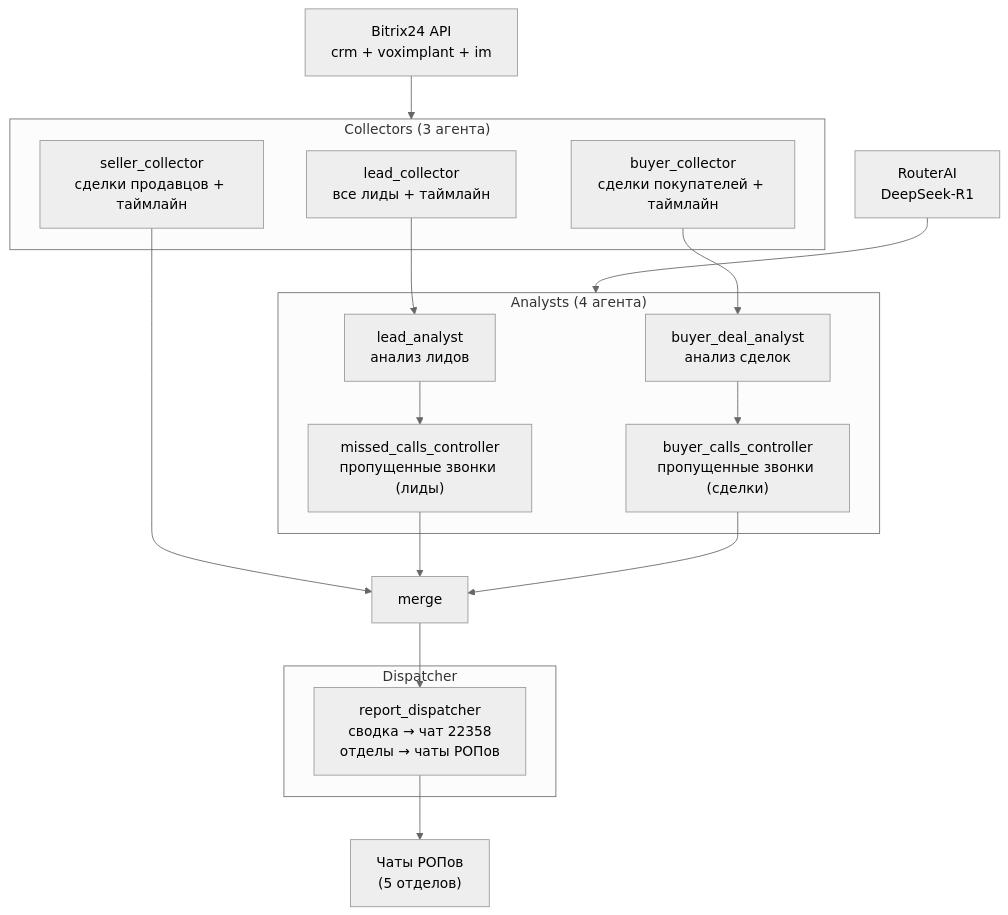
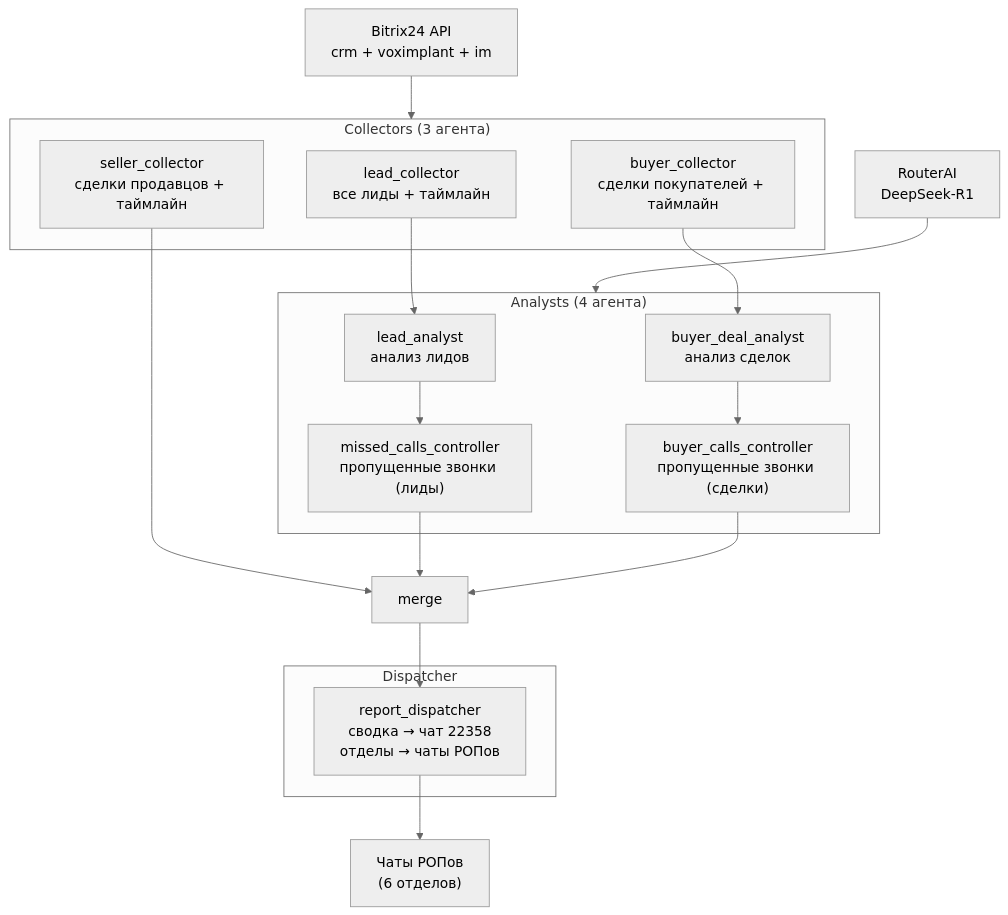
One commit to Usachev-Real-Estate/AI_agents_Bitrix24 changed the diagram in README.md. Above: the diagram before and after it, drawn with Mermaid (neutral theme). The commit also changed other lines of this file and 2 other files, not shown here.

Commit message:
feat: маршрутизация отчётов для отдела Шпырная (66 → chat 23130)

````diff
--- a/README.md
+++ b/README.md
@@ -9,30 +9,30 @@
 ```mermaid
 flowchart TB
     subgraph Collectors["Collectors (3 агента)"]
         LC["lead_collector\nвсе лиды + таймлайн"]
         BC["buyer_collector\nсделки покупателей + таймлайн"]
         SC["seller_collector\nсделки продавцов + таймлайн"]
     end
 
     subgraph Analysts["Analysts (4 агента)"]
         LA["lead_analyst\nанализ лидов"]
         BDA["buyer_deal_analyst\nанализ сделок"]
         BCC["buyer_calls_controller\nпропущенные звонки (сделки)"]
         MCC["missed_calls_controller\nпропущенные звонки (лиды)"]
     end
 
     subgraph Output["Dispatcher"]
         RD["report_dispatcher\nсводка → чат 22358\nотделы → чаты РОПов"]
     end
 
     LC --> LA --> MCC
     BC --> BDA --> BCC
     SC --> MERGE["merge"]
     MCC --> MERGE
     BCC --> MERGE
     MERGE --> RD
 
     B24["Bitrix24 API\ncrm + voximplant + im"] --> Collectors
     RA["RouterAI\nDeepSeek-R1"] --> Analysts
-    RD --> CHATS["Чаты РОПов\n(5 отделов)"]
+    RD --> CHATS["Чаты РОПов\n(6 отделов)"]
 ```
````
